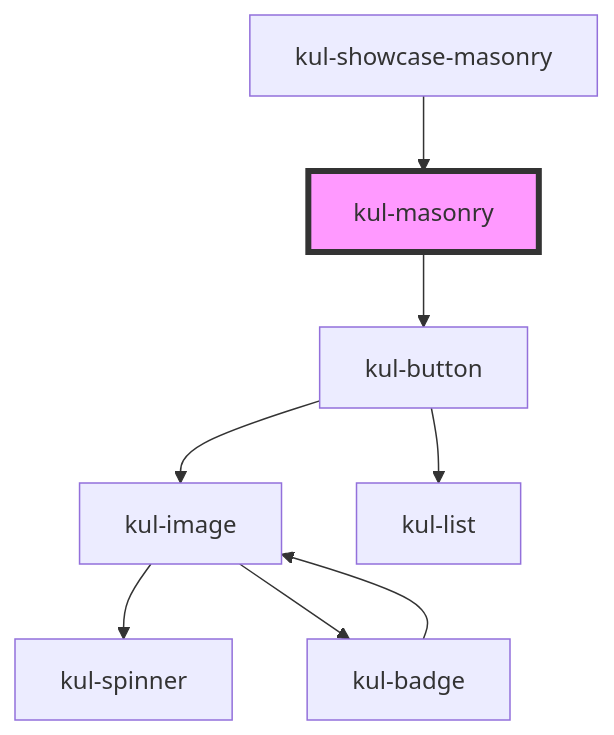
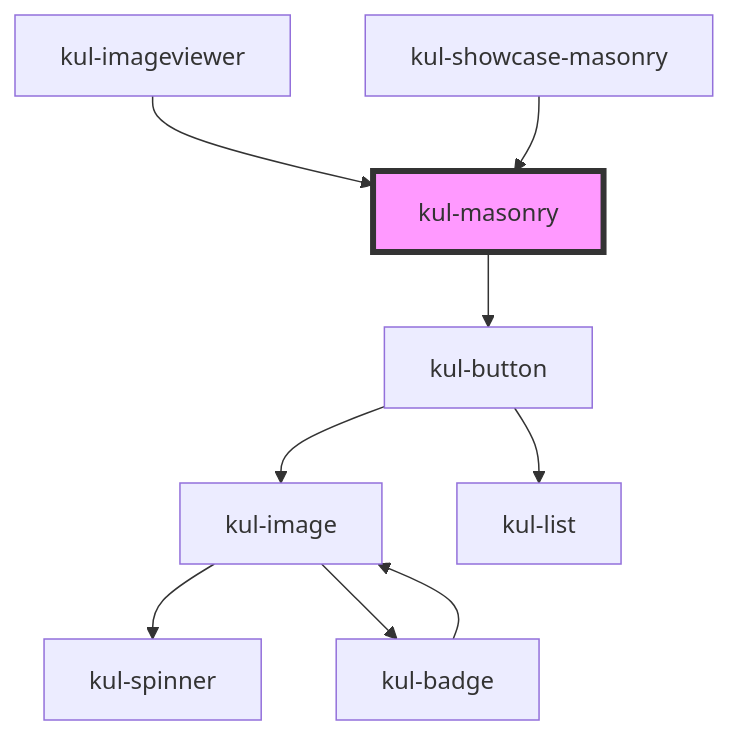
Before and after one commit to lucafoscili/ketchup-lite: the diagram in packages/ketchup-lite/src/components/kul-masonry/readme.md, drawn with Mermaid. The commit also changed other lines of this file and 29 other files, not shown here.

````diff
--- a/packages/ketchup-lite/src/components/kul-masonry/readme.md
+++ b/packages/ketchup-lite/src/components/kul-masonry/readme.md
@@ -148,11 +149,12 @@
 ```mermaid
 graph TD;
   kul-masonry --> kul-button
   kul-button --> kul-image
   kul-button --> kul-list
   kul-image --> kul-spinner
   kul-image --> kul-badge
   kul-badge --> kul-image
+  kul-imageviewer --> kul-masonry
   kul-showcase-masonry --> kul-masonry
   style kul-masonry fill:#f9f,stroke:#333,stroke-width:4px
 ```
````
